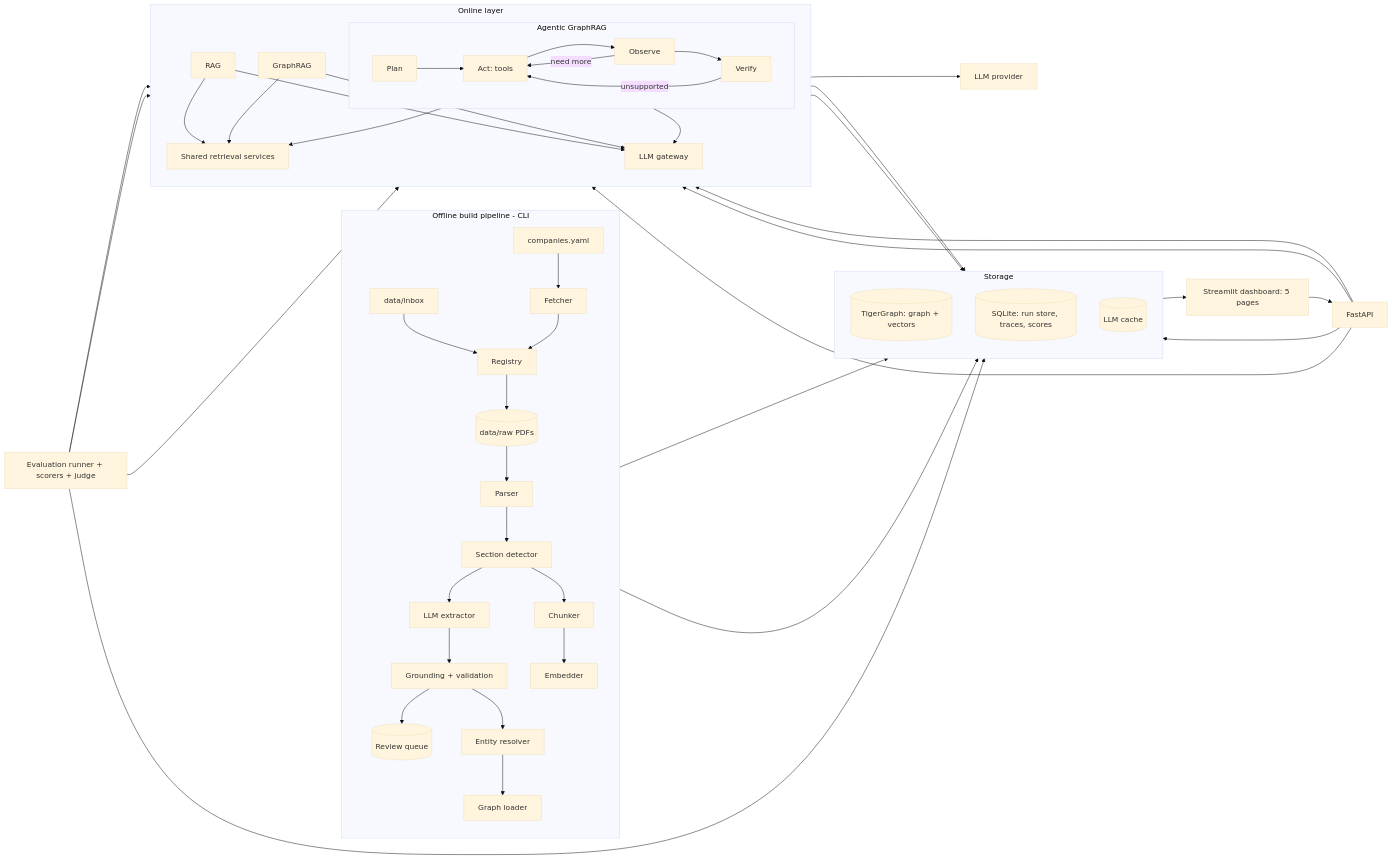
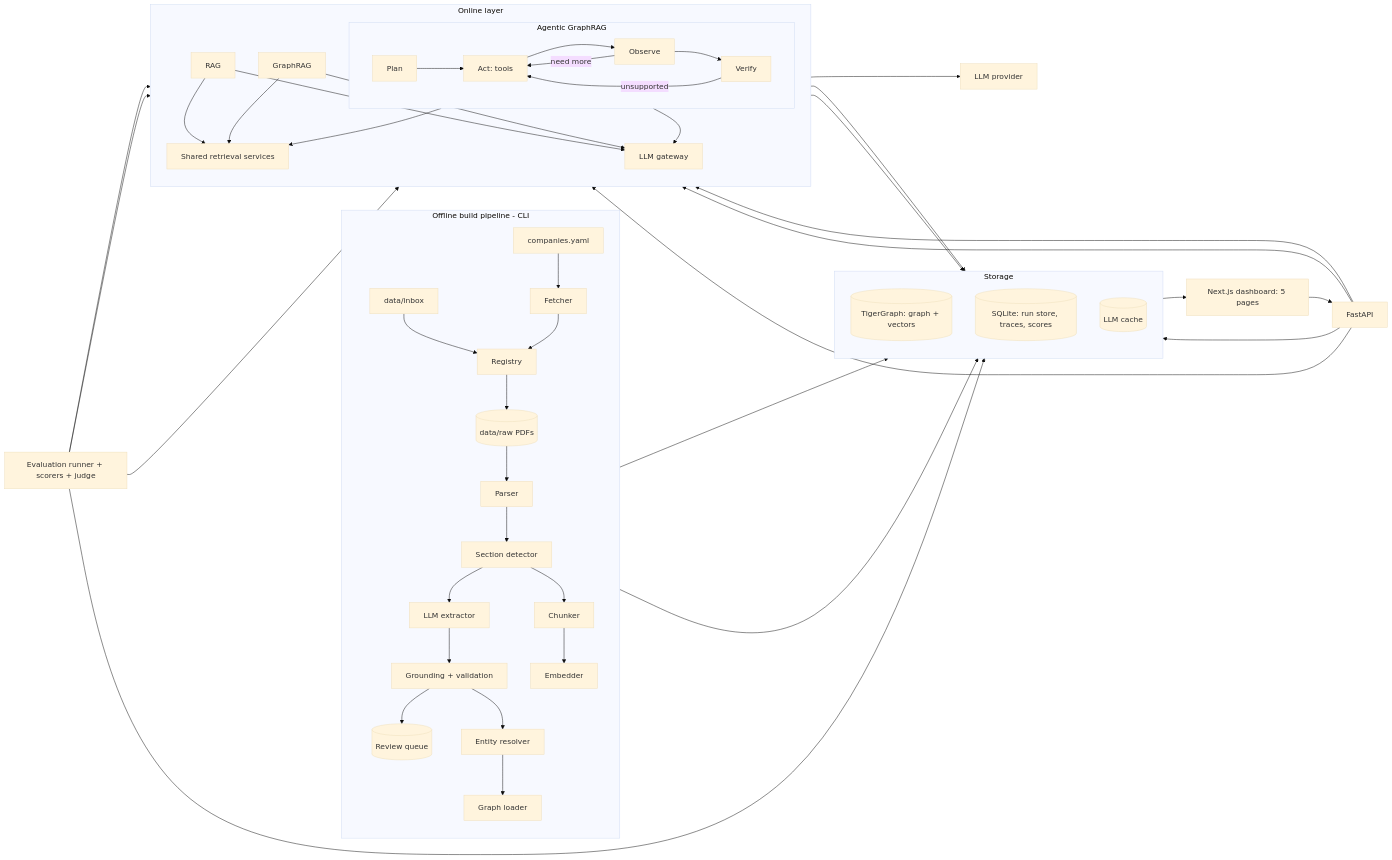
One commit to Tetra4ge/Interlock-TG changed the diagram in README.md. Above: the diagram before and after it, drawn with Mermaid (base theme). The commit also changed other lines of this file and 7 other files, not shown here.

Commit message:
docs: update frontend architecture and plans from Streamlit to Next.js

````diff
--- a/README.md
+++ b/README.md
@@ -46,63 +46,63 @@
 ```mermaid
 flowchart LR
     subgraph OFF[Offline build pipeline - CLI]
         direction TB
         CFG[companies.yaml] --> F[Fetcher]
         IN[data/inbox] --> REG[Registry]
         F --> REG
         REG --> RAW[(data/raw PDFs)]
         RAW --> P[Parser]
         P --> S[Section detector]
         S --> CH[Chunker]
         S --> X[LLM extractor]
         X --> G[Grounding + validation]
         G --> RQ[(Review queue)]
         G --> RES[Entity resolver]
         RES --> L[Graph loader]
         CH --> E[Embedder]
     end
 
     subgraph STORE[Storage]
         direction TB
         TG[(TigerGraph: graph + vectors)]
         SQL[(SQLite: run store, traces, scores)]
         CACHE[(LLM cache)]
     end
 
     subgraph ON[Online layer]
         direction TB
         RET[Shared retrieval services]
         RAG[RAG]
         GR[GraphRAG]
         subgraph AGENT[Agentic GraphRAG]
             direction LR
             PL[Plan] --> AC[Act: tools] --> OB[Observe] --> VF[Verify]
             OB -->|need more| AC
             VF -->|unsupported| AC
         end
         RAG --> RET
         GR --> RET
         AGENT --> RET
         GW[LLM gateway]
         RAG --> GW
         GR --> GW
         AGENT --> GW
     end
 
     L --> TG
     E --> TG
     RET --> TG
     GW --> CACHE
     GW --> LLM[LLM provider]
 
     EVAL[Evaluation runner + scorers + judge] --> RAG
     EVAL --> GR
     EVAL --> AGENT
     EVAL --> SQL
     API[FastAPI] --> RAG
     API --> GR
     API --> AGENT
     API --> SQL
-    DASH[Streamlit dashboard: 5 pages] --> API
+    DASH[Next.js dashboard: 5 pages] --> API
     SQL --> DASH
 ```
````
